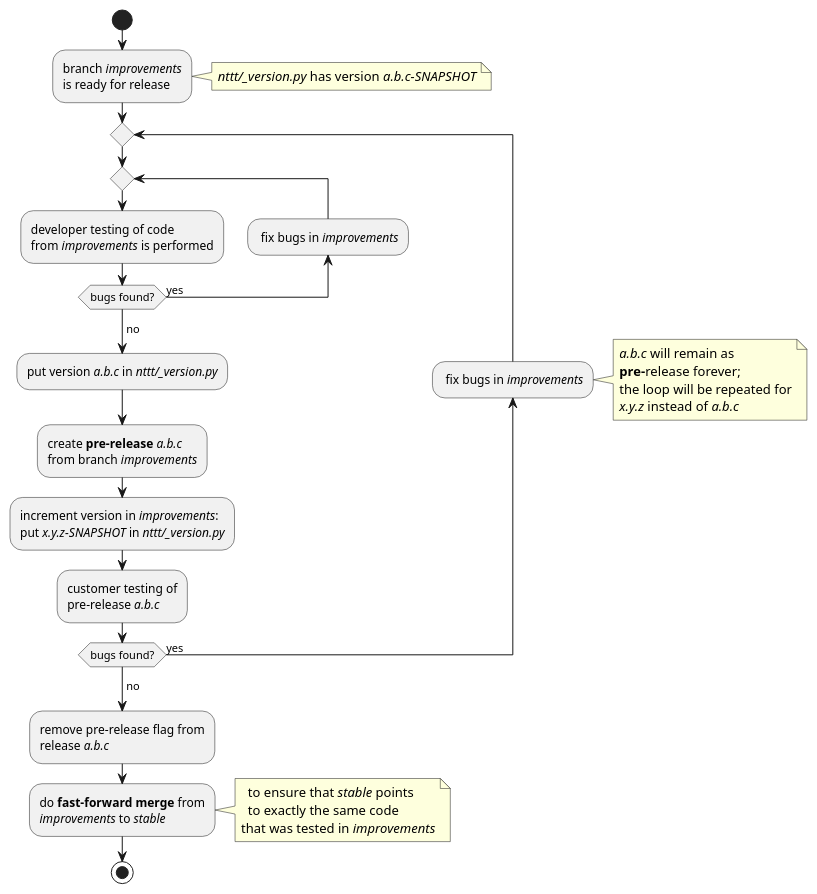
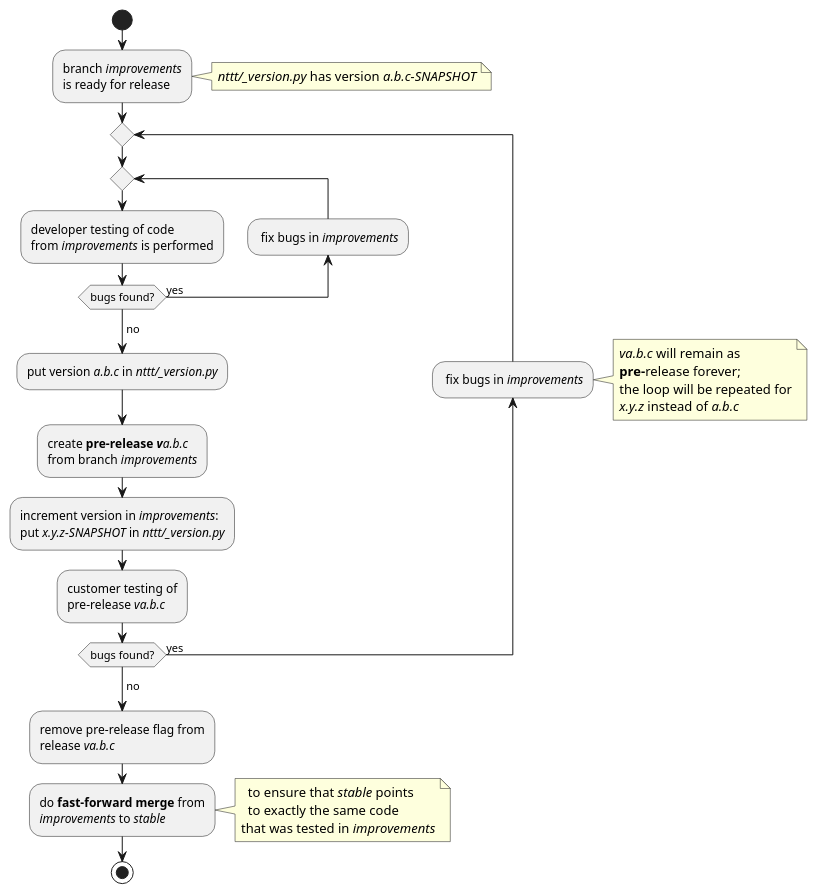
One commit to wheleph/nttt changed the diagram in doc/release_process.plantuml. Above: the diagram before and after it, drawn with PlantUML.

Commit message:
Fix version names in the release process diagram

```diff
--- a/doc/release_process.plantuml
+++ b/doc/release_process.plantuml
@@ -1,53 +1,53 @@
 @startuml
 start
 
 :branch //improvements//
 is ready for release;
 
 note right
   //nttt/_version.py// has version //a.b.c-SNAPSHOT//
 end note
 
 repeat
   repeat
     :developer testing of code
     from //improvements// is performed;
     backward: fix bugs in //improvements//;
   repeat while (bugs found?)  is (yes)
   ->no;
   :put version //a.b.c// in //nttt/_version.py//;
 
-  :create **pre-release** //a.b.c//
+  :create **pre-release** //**v**a.b.c//
   from branch //improvements//;
 
   :increment version in //improvements//:
   put //x.y.z-SNAPSHOT// in //nttt/_version.py//;
 
   :customer testing of
-  pre-release //a.b.c//;
+  pre-release //va.b.c//;
 
   backward: fix bugs in //improvements//;
 
   note right
-    //a.b.c// will remain as
+    //va.b.c// will remain as
     **pre-**release forever;
     the loop will be repeated for
     //x.y.z// instead of //a.b.c//
   end note
 repeat while (bugs found?) is (yes)
 ->no;
 
 :remove pre-release flag from
-release //a.b.c//;
+release //va.b.c//;
 
 :do **fast-forward merge** from
 //improvements// to //stable//;
 
 note right
   to ensure that //stable// points
   to exactly the same code
 that was tested in //improvements//
 end note
 
 stop
 @enduml
```
